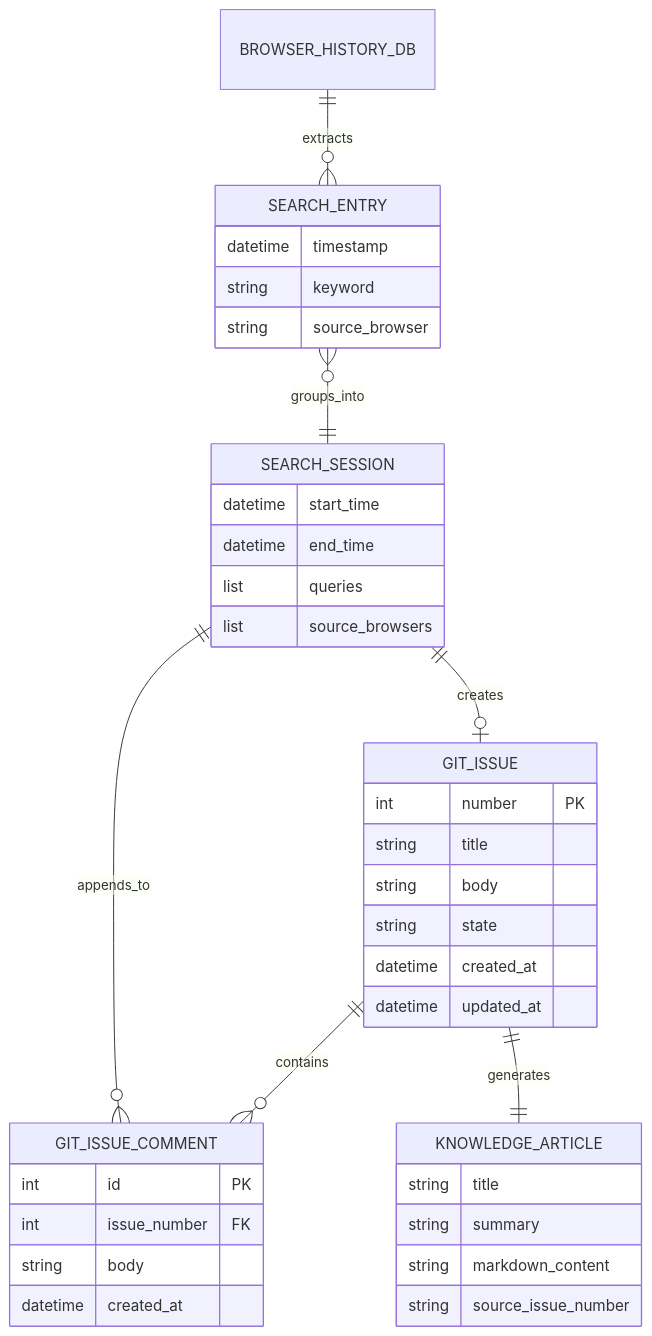
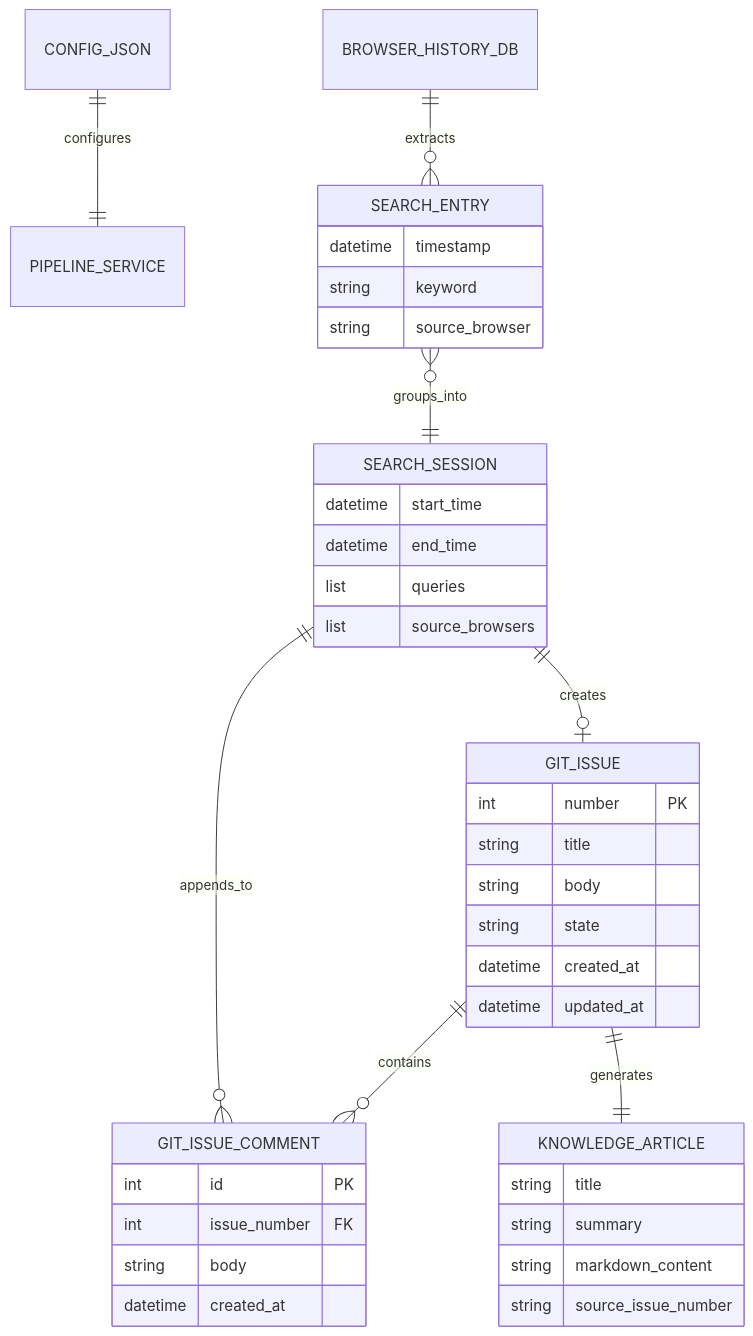
The diagram in docs/design/KNB-DS-002_データ構造仕様書_パーソナルナレッジデータスキーマ.md (xzyozi/knowage-bank), drawn with Mermaid before and after one commit. The commit also changed other lines of this file and 2 other files, not shown here.

Commit message:
docs: Gemini APIによるクエリ意図判定フィルタおよびEmbeddingクラスタリング仕様の設計ドキュメント反映

````diff
--- a/docs/design/KNB-DS-002_データ構造仕様書_パーソナルナレッジデータスキーマ.md
+++ b/docs/design/KNB-DS-002_データ構造仕様書_パーソナルナレッジデータスキーマ.md
@@ -42,45 +43,46 @@
 ```mermaid
 erDiagram
+    CONFIG_JSON ||--|| PIPELINE_SERVICE : configures
     BROWSER_HISTORY_DB ||--o{ SEARCH_ENTRY : extracts
     SEARCH_ENTRY }o--|| SEARCH_SESSION : groups_into
     SEARCH_SESSION ||--o{ GIT_ISSUE_COMMENT : appends_to
     SEARCH_SESSION ||--o| GIT_ISSUE : creates
     GIT_ISSUE ||--o{ GIT_ISSUE_COMMENT : contains
     GIT_ISSUE ||--|| KNOWLEDGE_ARTICLE : generates
 
     SEARCH_ENTRY {
         datetime timestamp
         string keyword
         string source_browser
     }
 
     SEARCH_SESSION {
         datetime start_time
         datetime end_time
         list queries
         list source_browsers
     }
 
     GIT_ISSUE {
         int number PK
         string title
         string body
         string state
         datetime created_at
         datetime updated_at
     }
 
     GIT_ISSUE_COMMENT {
         int id PK
         int issue_number FK
         string body
         datetime created_at
     }
 
     KNOWLEDGE_ARTICLE {
         string title
         string summary
         string markdown_content
         string source_issue_number
     }
 ```
````
